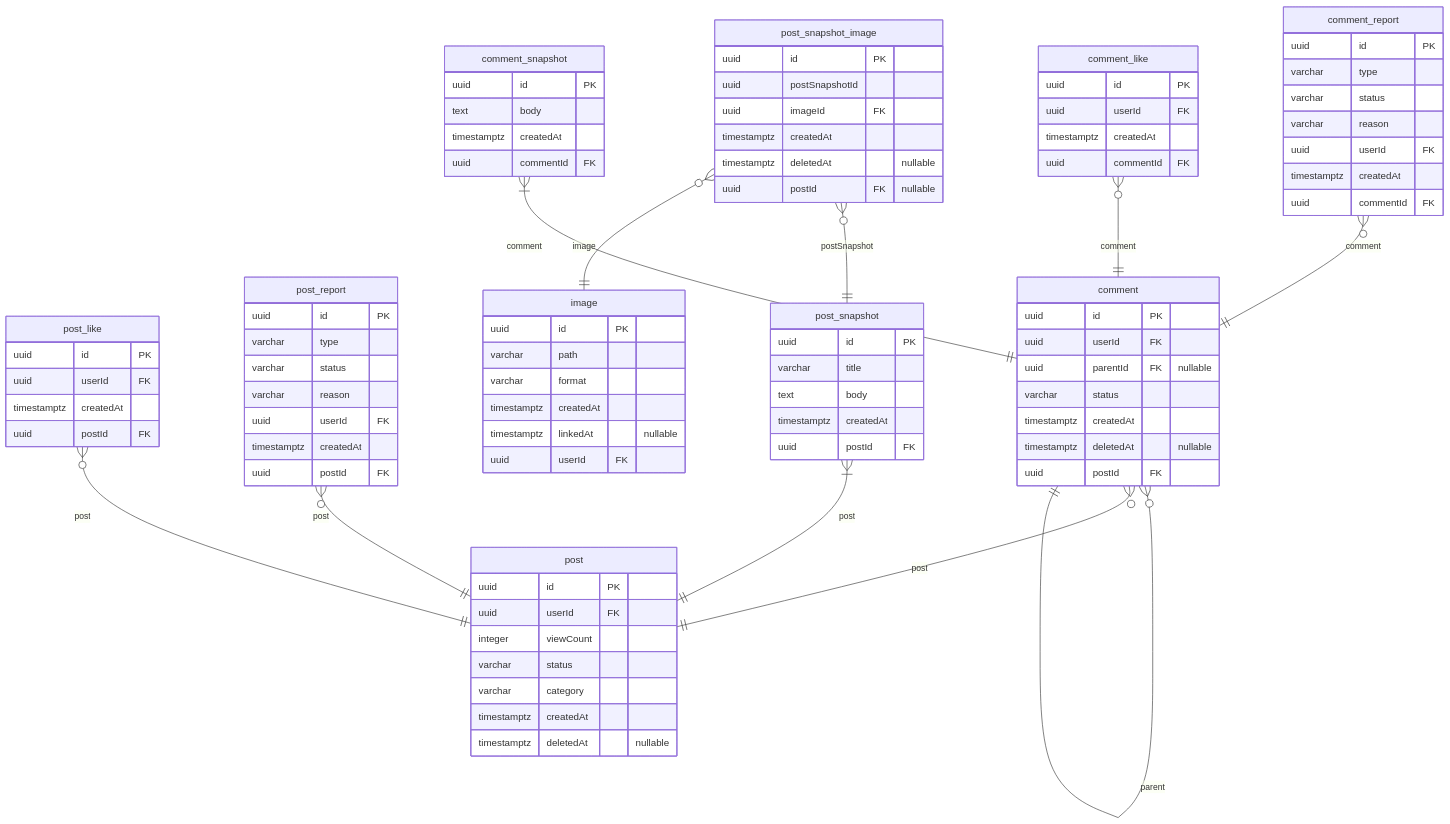
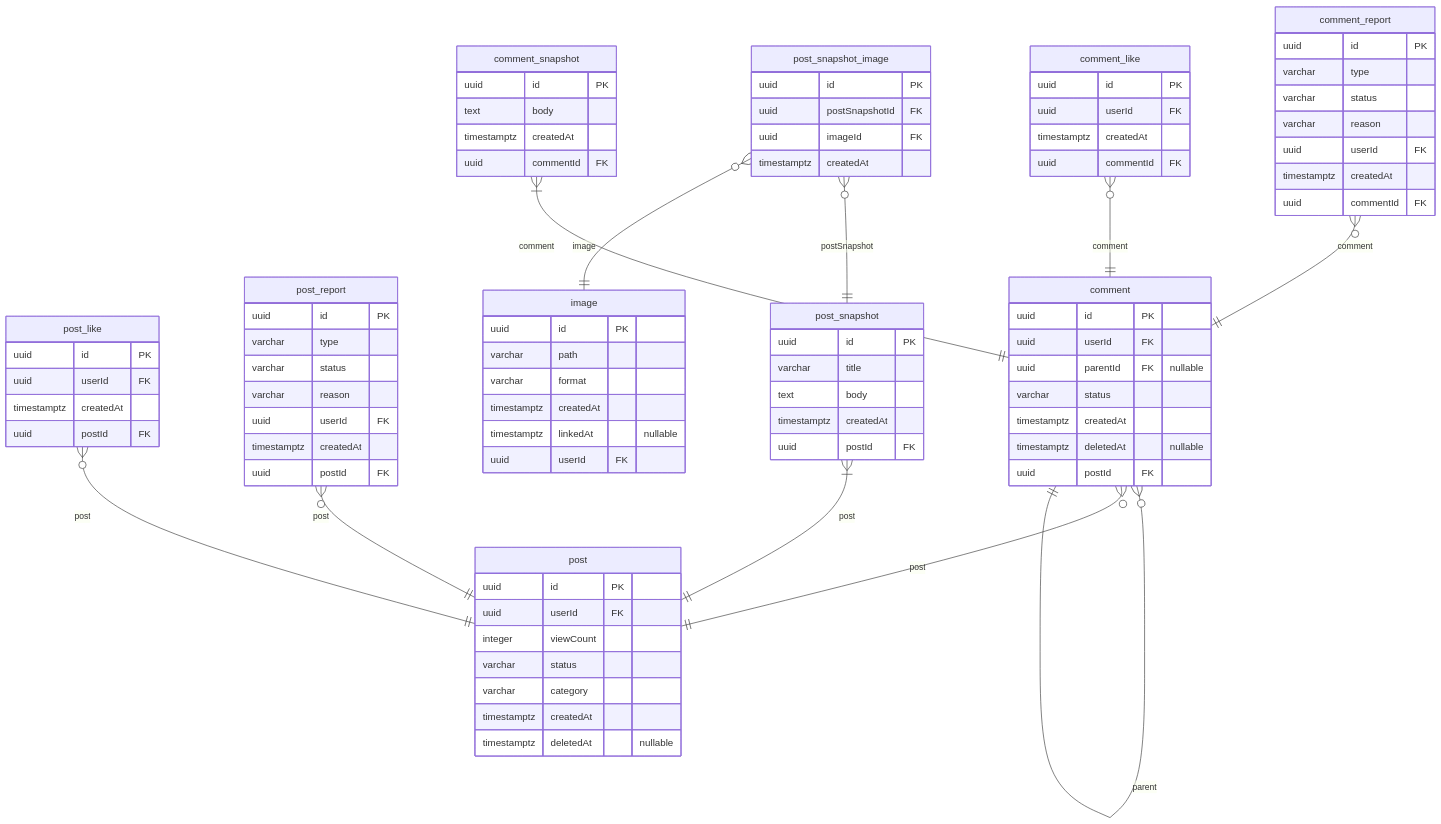
Before and after one commit to NAJUHA-JIUJITSU/najuha-v2-be: the fourth of 5 diagrams in docs/najiha-v2-erd.md, drawn with Mermaid. The commit also changed other lines of this file and 1 other file, not shown here.

Commit message:
NJH-400 fix: postSnapshotImage fk 수정

```diff
--- a/docs/najiha-v2-erd.md
+++ b/docs/najiha-v2-erd.md
@@ -665,11 +665,9 @@
   }
   post_snapshot_image {
     uuid id PK
-    uuid postSnapshotId
+    uuid postSnapshotId FK
     uuid imageId FK
     timestamptz createdAt
-    timestamptz deletedAt "nullable"
-    uuid postId FK "nullable"
   }
   image {
     uuid id PK
```
